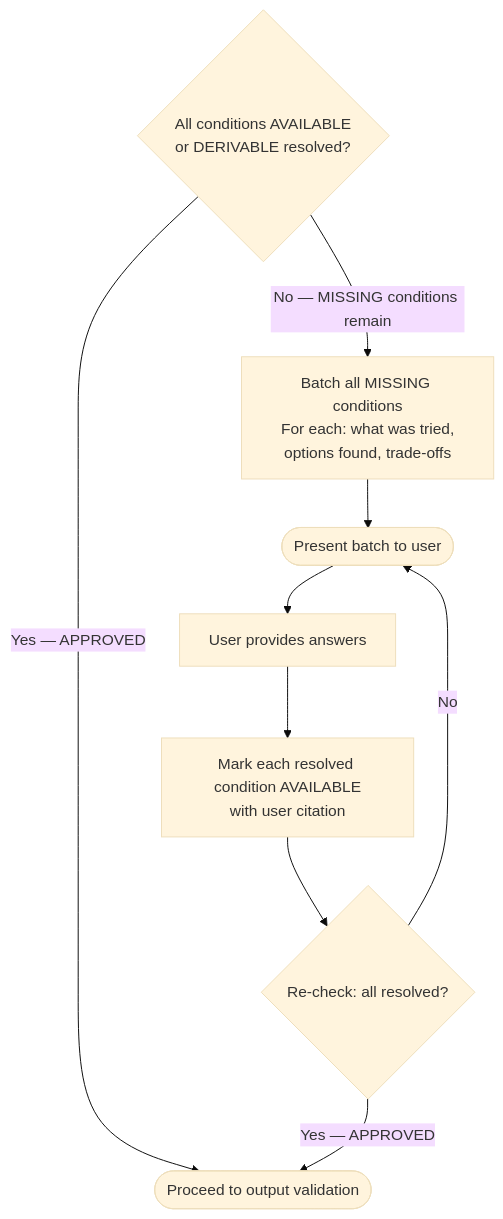
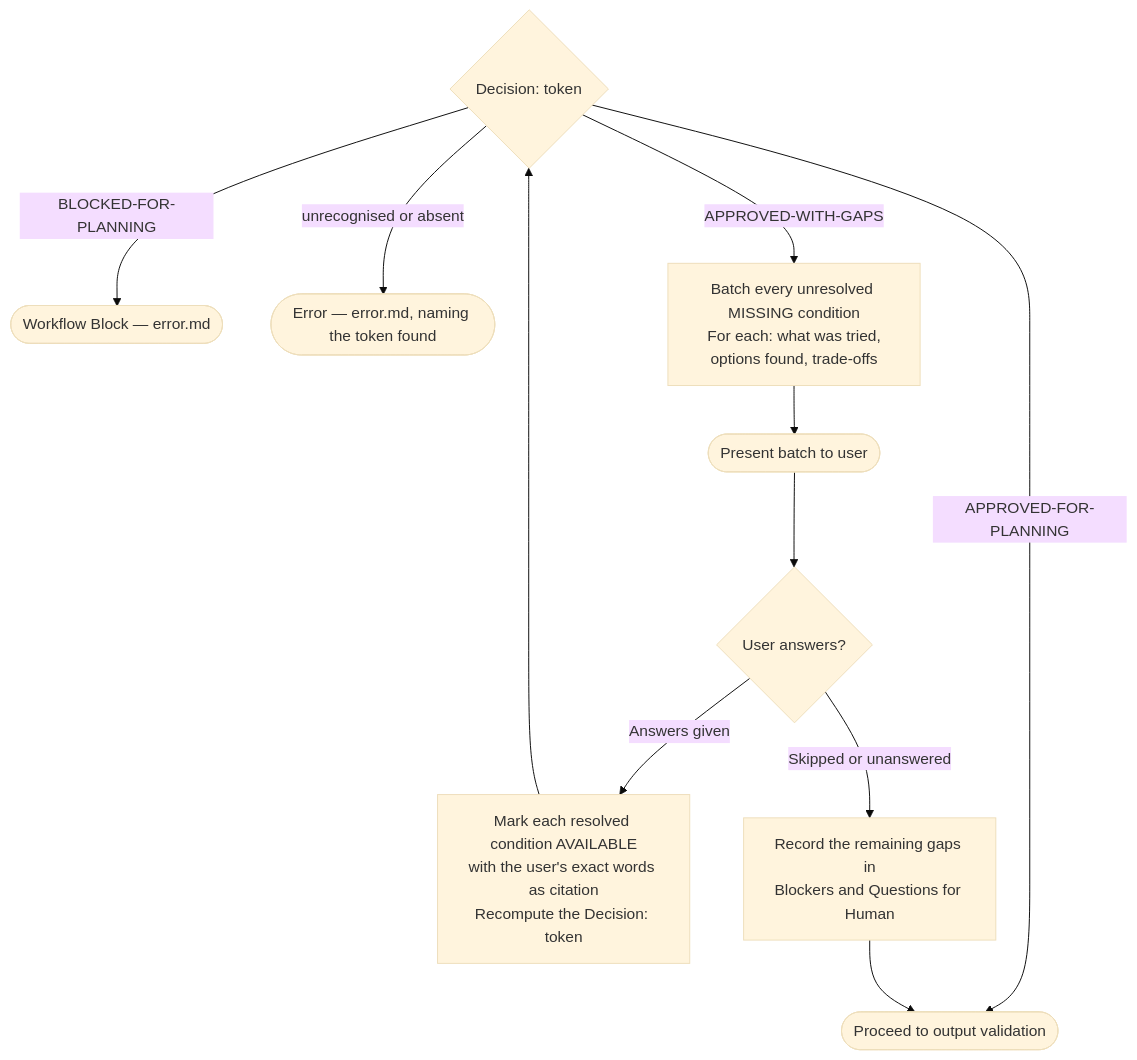
One commit to Jamie-BitFlight/claude_skills changed the first of 3 diagrams in plugins/development-harness/skills/work-backlog-item/references/workflows/groom/finalize.md. Above: the diagram before and after it, drawn with Mermaid (base theme). The commit also changed other lines of this file and 358 other files, not shown here.

````diff
--- a/plugins/development-harness/skills/work-backlog-item/references/workflows/groom/finalize.md
+++ b/plugins/development-harness/skills/work-backlog-item/references/workflows/groom/finalize.md
@@ -67,12 +76,14 @@
 ```mermaid
 flowchart TD
-    FD{"All conditions AVAILABLE<br>or DERIVABLE resolved?"}
-    FD -->|"Yes — APPROVED"| Proceed(["Proceed to output validation"])
-    FD -->|"No — MISSING conditions remain"| Batch["Batch all MISSING conditions<br>For each: what was tried,<br>options found, trade-offs"]
+    FD{"Decision: token"}
+    FD -->|"APPROVED-FOR-PLANNING"| Proceed(["Proceed to output validation"])
+    FD -->|"BLOCKED-FOR-PLANNING"| Block(["Workflow Block — error.md"])
+    FD -->|"unrecognised or absent"| Err(["Error — error.md, naming the token found"])
+    FD -->|"APPROVED-WITH-GAPS"| Batch["Batch every unresolved MISSING condition<br>For each: what was tried,<br>options found, trade-offs"]
     Batch --> Present(["Present batch to user"])
-    Present --> UserAnswers["User provides answers"]
-    UserAnswers --> Mark["Mark each resolved condition AVAILABLE<br>with user citation"]
-    Mark --> Recheck{"Re-check: all resolved?"}
-    Recheck -->|Yes — APPROVED| Proceed
-    Recheck -->|No| Present
+    Present --> UserAnswers{"User answers?"}
+    UserAnswers -->|"Answers given"| Mark["Mark each resolved condition AVAILABLE<br>with the user's exact words as citation<br>Recompute the Decision: token"]
+    Mark --> FD
+    UserAnswers -->|"Skipped or unanswered"| Carry["Record the remaining gaps in<br>Blockers and Questions for Human"]
+    Carry --> Proceed
 ```
````
